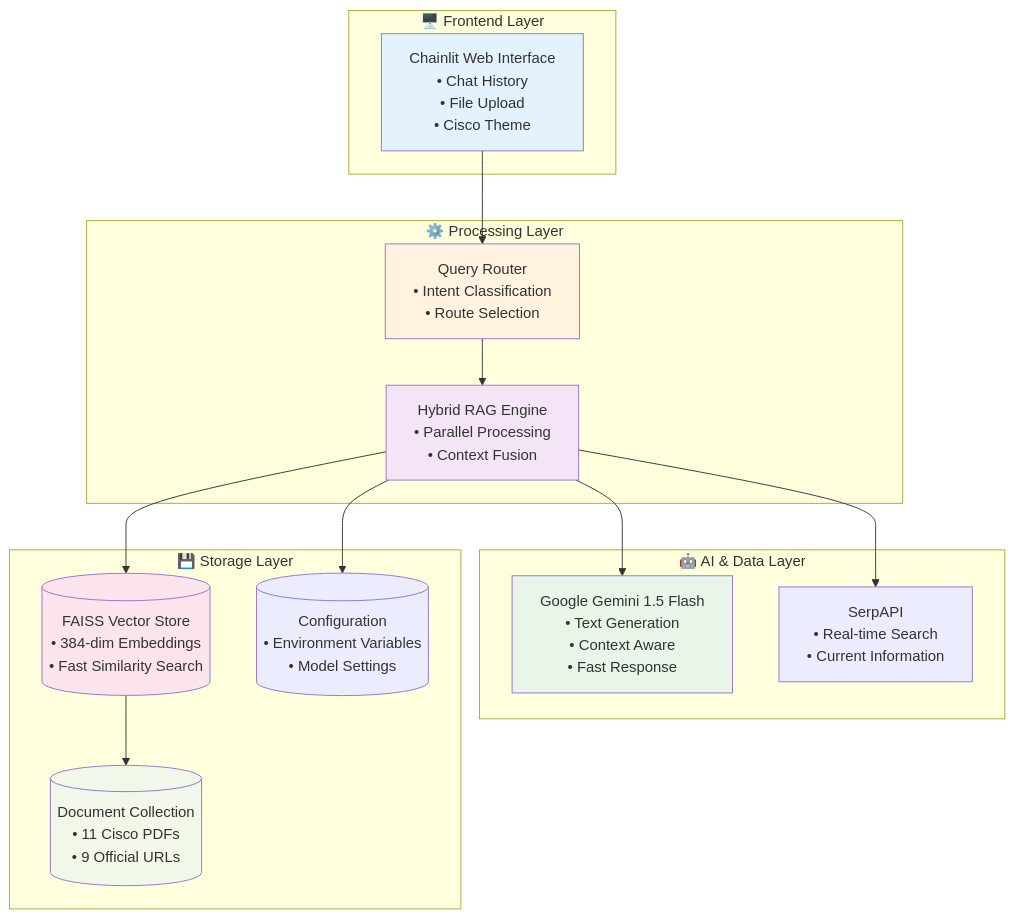
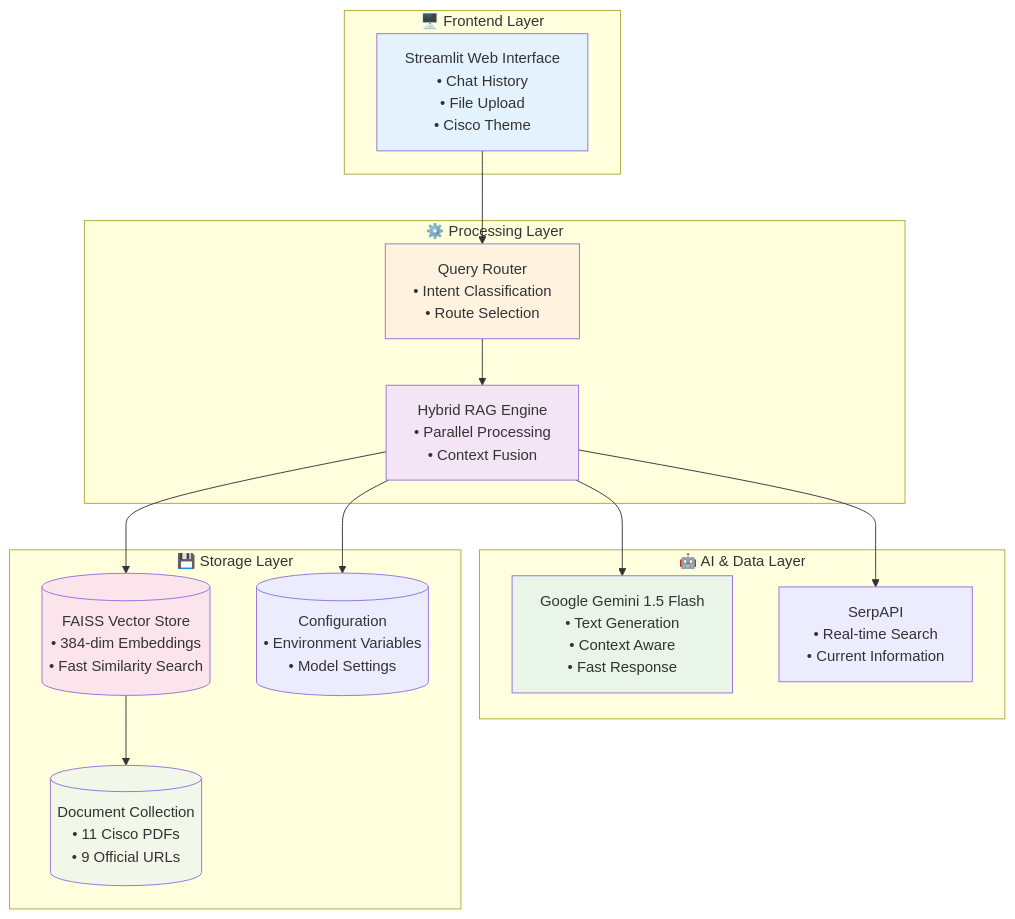
The second of 2 diagrams in README.md (xanderstevenson/cisco-automation-certification-station), drawn with Mermaid before and after one commit. The commit also changed other lines of this file and 5 other files, not shown here.

````diff
--- a/README.md
+++ b/README.md
@@ -60,37 +60,37 @@
 ```mermaid
 graph TB
     subgraph "🖥️ Frontend Layer"
-        UI[Chainlit Web Interface<br/>• Chat History<br/>• File Upload<br/>• Cisco Theme]
+        UI[Streamlit Web Interface<br/>• Chat History<br/>• File Upload<br/>• Cisco Theme]
     end
     
     subgraph "⚙️ Processing Layer"
         ROUTER[Query Router<br/>• Intent Classification<br/>• Route Selection]
         RAG[Hybrid RAG Engine<br/>• Parallel Processing<br/>• Context Fusion]
     end
     
     subgraph "🤖 AI & Data Layer"
         GEMINI[Google Gemini 1.5 Flash<br/>• Text Generation<br/>• Context Aware<br/>• Fast Response]
         SERP[SerpAPI<br/>• Real-time Search<br/>• Current Information]
     end
     
     subgraph "💾 Storage Layer"
         VECTOR[(FAISS Vector Store<br/>• 384-dim Embeddings<br/>• Fast Similarity Search)]
         DOCS[(Document Collection<br/>• 11 Cisco PDFs<br/>• 9 Official URLs)]
         CONFIG[(Configuration<br/>• Environment Variables<br/>• Model Settings)]
     end
     
     UI --> ROUTER
     ROUTER --> RAG
     RAG --> GEMINI
     RAG --> SERP
     RAG --> VECTOR
     VECTOR --> DOCS
     RAG --> CONFIG
     
     style UI fill:#e3f2fd
     style ROUTER fill:#fff3e0
     style RAG fill:#f3e5f5
     style GEMINI fill:#e8f5e8
     style VECTOR fill:#fce4ec
     style DOCS fill:#f1f8e9
 ```
````
